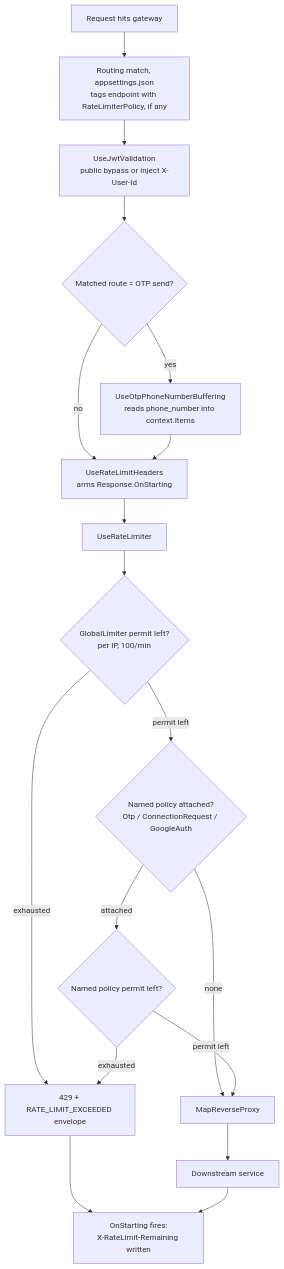
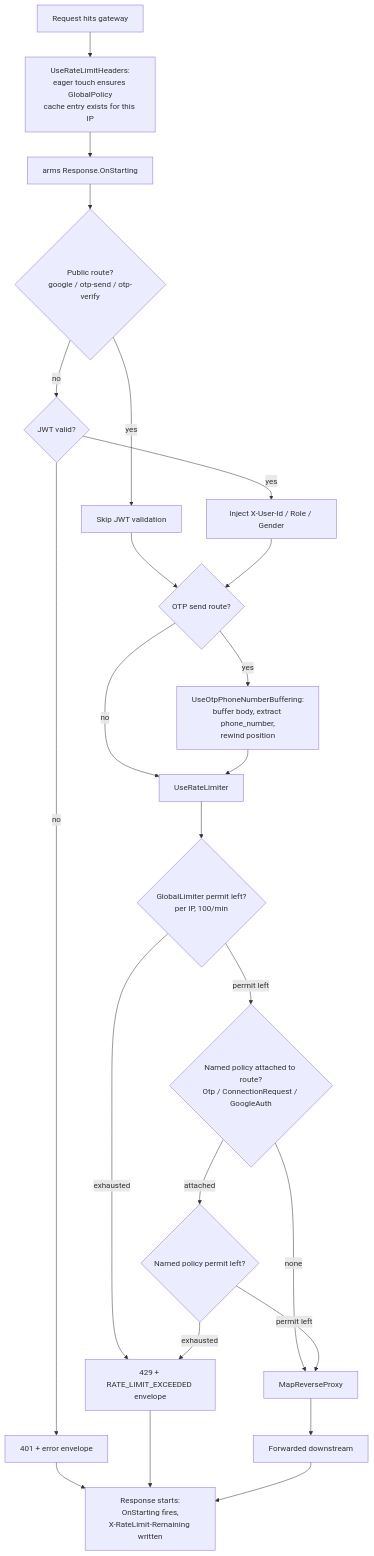
One commit to anmoljainworkmail-star/ShareConnectSave changed the third of 4 diagrams in WORKFLOWS.md. Above: the diagram before and after it, drawn with Mermaid. The commit also changed other lines of this file, not shown here.

Commit message:
fixed apiGateway-Rate Limiting workflow

````diff
--- a/WORKFLOWS.md
+++ b/WORKFLOWS.md
@@ -55,20 +55,26 @@
 ```mermaid
 flowchart TD
-    A[Request hits gateway] --> B[Routing match, appsettings.json<br/>tags endpoint with RateLimiterPolicy, if any]
-    B --> C[UseJwtValidation<br/>public bypass or inject X-User-Id]
-    C --> D{Matched route = OTP send?}
-    D -- yes --> E[UseOtpPhoneNumberBuffering<br/>reads phone_number into context.Items]
-    D -- no --> F[UseRateLimitHeaders<br/>arms Response.OnStarting]
-    E --> F
-    F --> G[UseRateLimiter]
-    G --> H{GlobalLimiter permit left?<br/>per IP, 100/min}
-    H -- exhausted --> K[429 + RATE_LIMIT_EXCEEDED envelope]
-    H -- permit left --> I{Named policy attached?<br/>Otp / ConnectionRequest / GoogleAuth}
-    I -- none --> M[MapReverseProxy]
-    I -- attached --> J{Named policy permit left?}
-    J -- exhausted --> K
-    J -- permit left --> M
-    M --> N[Downstream service]
-    K --> O[OnStarting fires:<br/>X-RateLimit-Remaining written]
+    A[Request hits gateway] --> B[UseRateLimitHeaders:<br/>eager touch ensures GlobalPolicy<br/>cache entry exists for this IP]
+    B --> B2[arms Response.OnStarting]
+    B2 --> C{Public route?<br/>google / otp-send / otp-verify}
+    C -- yes --> E[Skip JWT validation]
+    C -- no --> D{JWT valid?}
+    D -- no --> Z1[401 + error envelope]
+    D -- yes --> F[Inject X-User-Id / Role / Gender]
+    E --> G{OTP send route?}
+    F --> G
+    G -- yes --> H[UseOtpPhoneNumberBuffering:<br/>buffer body, extract phone_number,<br/>rewind position]
+    G -- no --> I[UseRateLimiter]
+    H --> I
+    I --> J{GlobalLimiter permit left?<br/>per IP, 100/min}
+    J -- exhausted --> Z2[429 + RATE_LIMIT_EXCEEDED envelope]
+    J -- permit left --> K{Named policy attached to route?<br/>Otp / ConnectionRequest / GoogleAuth}
+    K -- none --> M[MapReverseProxy]
+    K -- attached --> L{Named policy permit left?}
+    L -- exhausted --> Z2
+    L -- permit left --> M
+    M --> N[Forwarded downstream]
+    Z1 --> O[Response starts:<br/>OnStarting fires,<br/>X-RateLimit-Remaining written]
+    Z2 --> O
     N --> O
 ```
````
